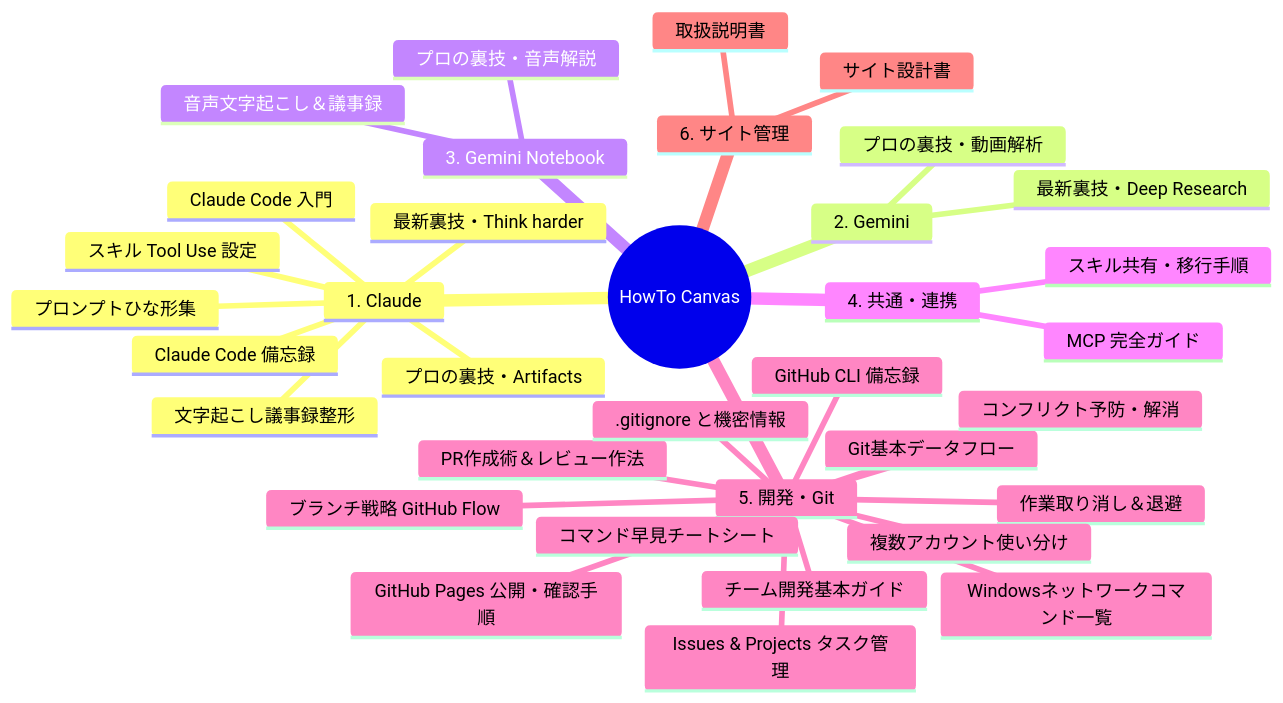
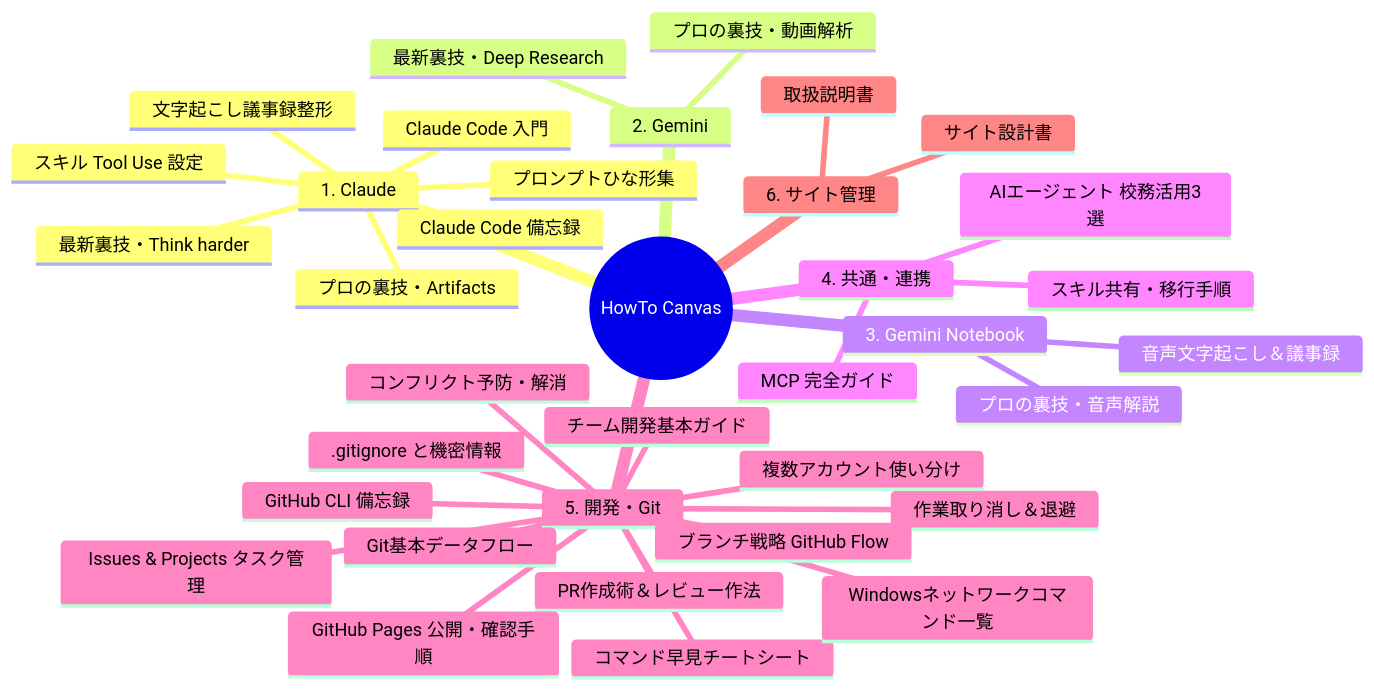
One commit to nakamotohiroshi-biz-team/howto-canvas changed the second of 2 diagrams in src/content/docs/meta/design-spec.md. Above: the diagram before and after it, drawn with Mermaid. The commit also changed other lines of this file and 4 other files, not shown here.

First line of the commit message:
docs: 校務で使えるAIエージェント作成のアイデア3選の記事と図解を追加

````diff
--- a/src/content/docs/meta/design-spec.md
+++ b/src/content/docs/meta/design-spec.md
@@ -116,38 +117,39 @@
 ```mermaid
 mindmap
   root((HowTo Canvas))
     1. Claude
       最新裏技・Think harder
       Claude Code 入門
       スキル Tool Use 設定
       文字起こし議事録整形
       プロの裏技・Artifacts
       Claude Code 備忘録
       プロンプトひな形集
     2. Gemini
       最新裏技・Deep Research
       プロの裏技・動画解析
     3. Gemini Notebook
       音声文字起こし＆議事録
       プロの裏技・音声解説
     4. 共通・連携
       スキル共有・移行手順
       MCP 完全ガイド
+      AIエージェント 校務活用3選
     5. 開発・Git
       Git基本データフロー
       チーム開発基本ガイド
       コマンド早見チートシート
       コンフリクト予防・解消
       作業取り消し＆退避
       ブランチ戦略 GitHub Flow
       Issues & Projects タスク管理
       PR作成術＆レビュー作法
       Windowsネットワークコマンド一覧
       GitHub CLI 備忘録
       GitHub Pages 公開・確認手順
       .gitignore と機密情報
       複数アカウント使い分け
     6. サイト管理
       取扱説明書
       サイト設計書
 ```
````
